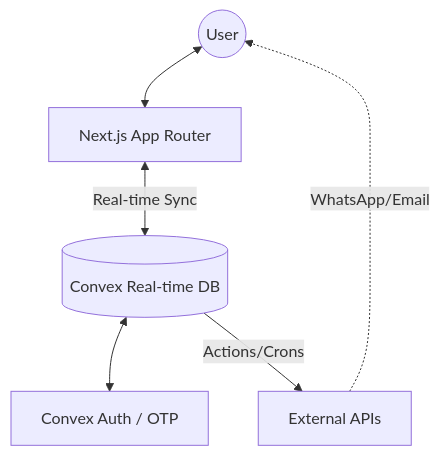
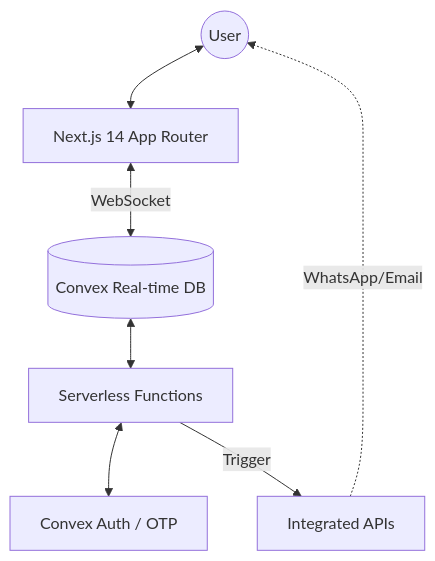
One commit to theyassirkhan/BlockSenseAI changed the first of 3 diagrams in README.md. Above: the diagram before and after it, drawn with Mermaid. The commit also changed other lines of this file, not shown here.

Commit message:
docs: implement master aesthetic README with high-detail diagrams and icons

````diff
--- a/README.md
+++ b/README.md
@@ -38,14 +36,16 @@
 ```mermaid
 graph TD
     User((User))
-    NextJS[Next.js App Router]
+    NextJS[Next.js 14 App Router]
     ConvexDB[(Convex Real-time DB)]
     Auth[Convex Auth / OTP]
-    External[External APIs]
+    Logic[Serverless Functions]
+    External[Integrated APIs]
     
     User <--> NextJS
-    NextJS <-->|Real-time Sync| ConvexDB
-    ConvexDB <--> Auth
-    ConvexDB -->|Actions/Crons| External
+    NextJS <-->|WebSocket| ConvexDB
+    ConvexDB <--> Logic
+    Logic <--> Auth
+    Logic -->|Trigger| External
     External -.->|WhatsApp/Email| User
 ```
````
